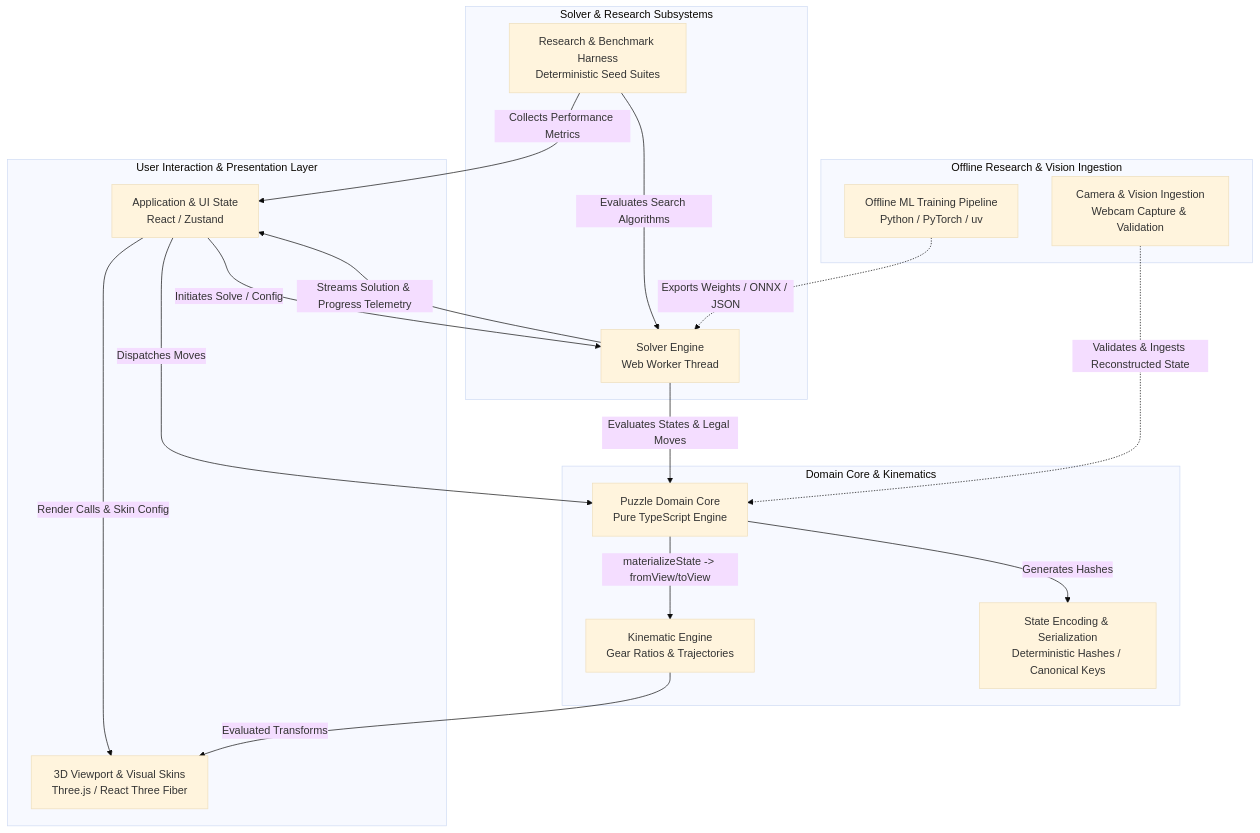
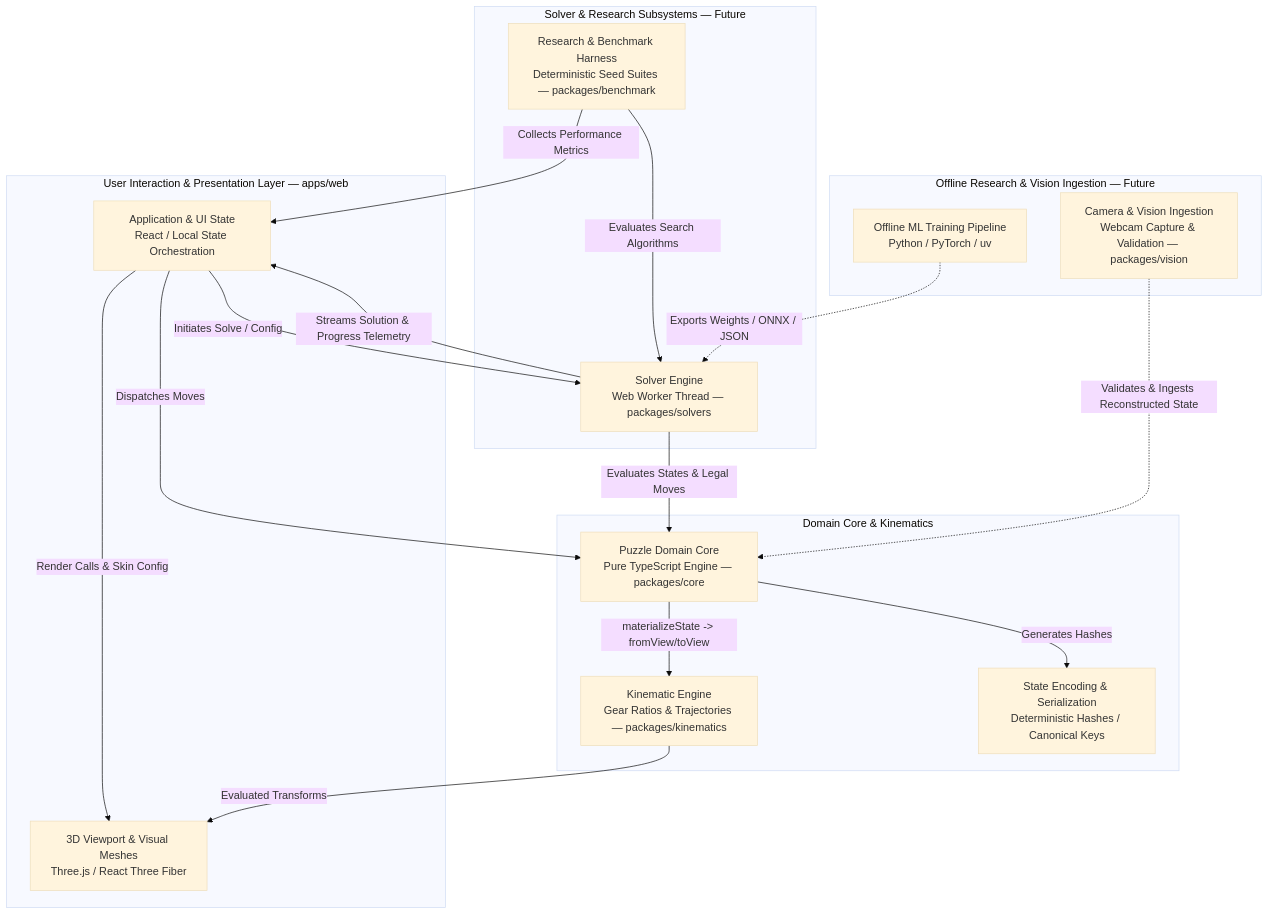
The diagram in docs/architecture/SYSTEM_ARCHITECTURE.md (YI-TING-EE13/GearCube-Lab), drawn with Mermaid (base theme) before and after one commit. The commit also changed other lines of this file and 4 other files, not shown here.

Commit message:
Synchronize Phase 3 architecture and test docs

````diff
--- a/docs/architecture/SYSTEM_ARCHITECTURE.md
+++ b/docs/architecture/SYSTEM_ARCHITECTURE.md
@@ -28,40 +28,40 @@
 ```mermaid
 graph TD
-    subgraph UserSpace [User Interaction & Presentation Layer]
-        UI[Application & UI State<br/>React / Zustand]
-        Renderer[3D Viewport & Visual Skins<br/>Three.js / React Three Fiber]
+    subgraph UserSpace [User Interaction & Presentation Layer — apps/web]
+        UI[Application & UI State<br/>React / Local State Orchestration]
+        Renderer[3D Viewport & Visual Meshes<br/>Three.js / React Three Fiber]
     end
 
     subgraph CoreSpace [Domain Core & Kinematics]
-        Core[Puzzle Domain Core<br/>Pure TypeScript Engine]
-        Kinematics[Kinematic Engine<br/>Gear Ratios & Trajectories]
+        Core[Puzzle Domain Core<br/>Pure TypeScript Engine — packages/core]
+        Kinematics[Kinematic Engine<br/>Gear Ratios & Trajectories — packages/kinematics]
         Encoding[State Encoding & Serialization<br/>Deterministic Hashes / Canonical Keys]
     end
 
-    subgraph ComputeSpace [Solver & Research Subsystems]
-        SolverWorker[Solver Engine<br/>Web Worker Thread]
-        Benchmark[Research & Benchmark Harness<br/>Deterministic Seed Suites]
+    subgraph ComputeSpace [Solver & Research Subsystems — Future]
+        SolverWorker[Solver Engine<br/>Web Worker Thread — packages/solvers]
+        Benchmark[Research & Benchmark Harness<br/>Deterministic Seed Suites — packages/benchmark]
     end
 
-    subgraph FutureSubsystems [Offline Research & Vision Ingestion]
+    subgraph FutureSubsystems [Offline Research & Vision Ingestion — Future]
         MLTraining[Offline ML Training Pipeline<br/>Python / PyTorch / uv]
-        VisionPipeline[Camera & Vision Ingestion<br/>Webcam Capture & Validation]
+        VisionPipeline[Camera & Vision Ingestion<br/>Webcam Capture & Validation — packages/vision]
     end
 
     %% Interactions
     UI -->|Render Calls & Skin Config| Renderer
     UI -->|Dispatches Moves| Core
     Core -->|materializeState -> fromView/toView| Kinematics
     Core -->|Generates Hashes| Encoding
     Kinematics -->|Evaluated Transforms| Renderer
 
     UI -->|Initiates Solve / Config| SolverWorker
     SolverWorker -->|Evaluates States & Legal Moves| Core
     SolverWorker -->|Streams Solution & Progress Telemetry| UI
 
     Benchmark -->|Evaluates Search Algorithms| SolverWorker
     Benchmark -->|Collects Performance Metrics| UI
 
     MLTraining -.->|Exports Weights / ONNX / JSON| SolverWorker
     VisionPipeline -.->|Validates & Ingests Reconstructed State| Core
 ```
````
